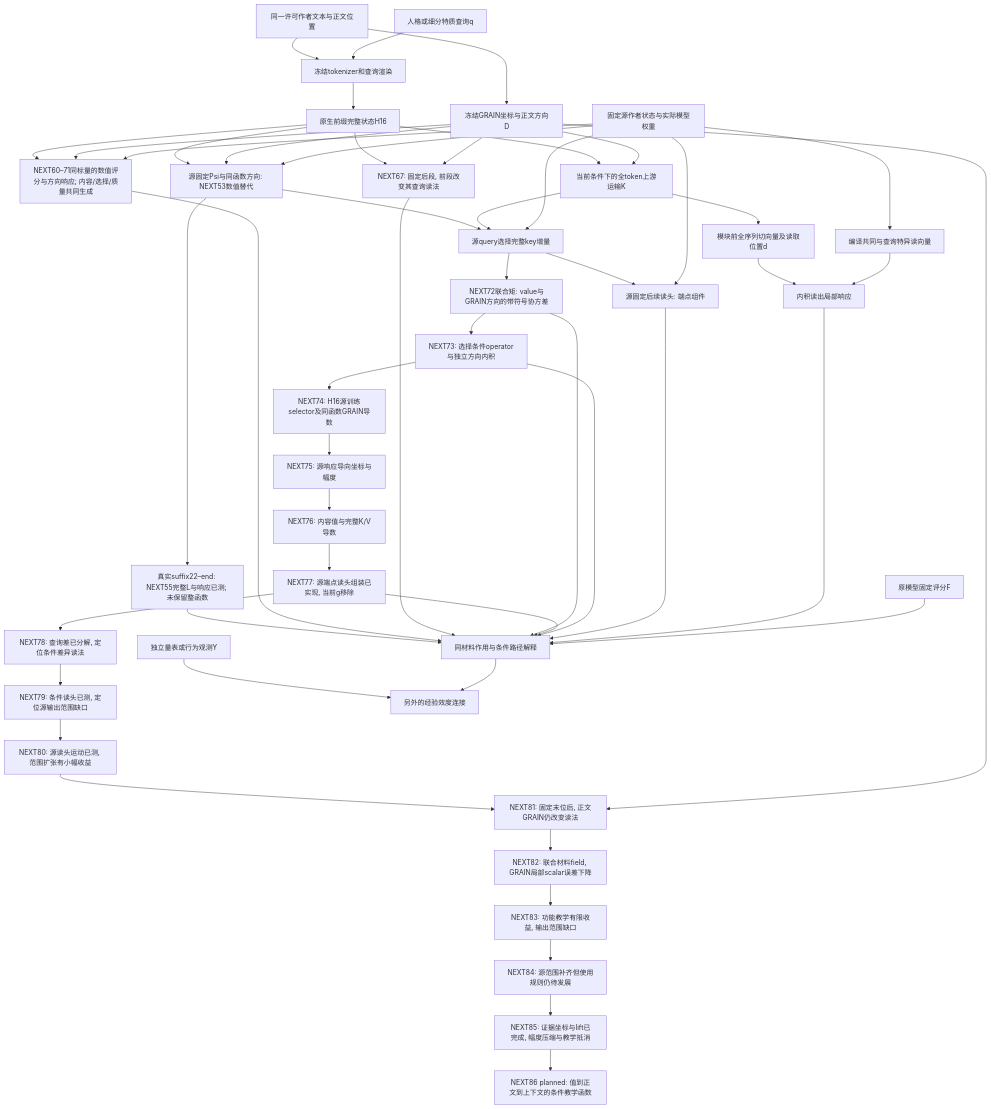
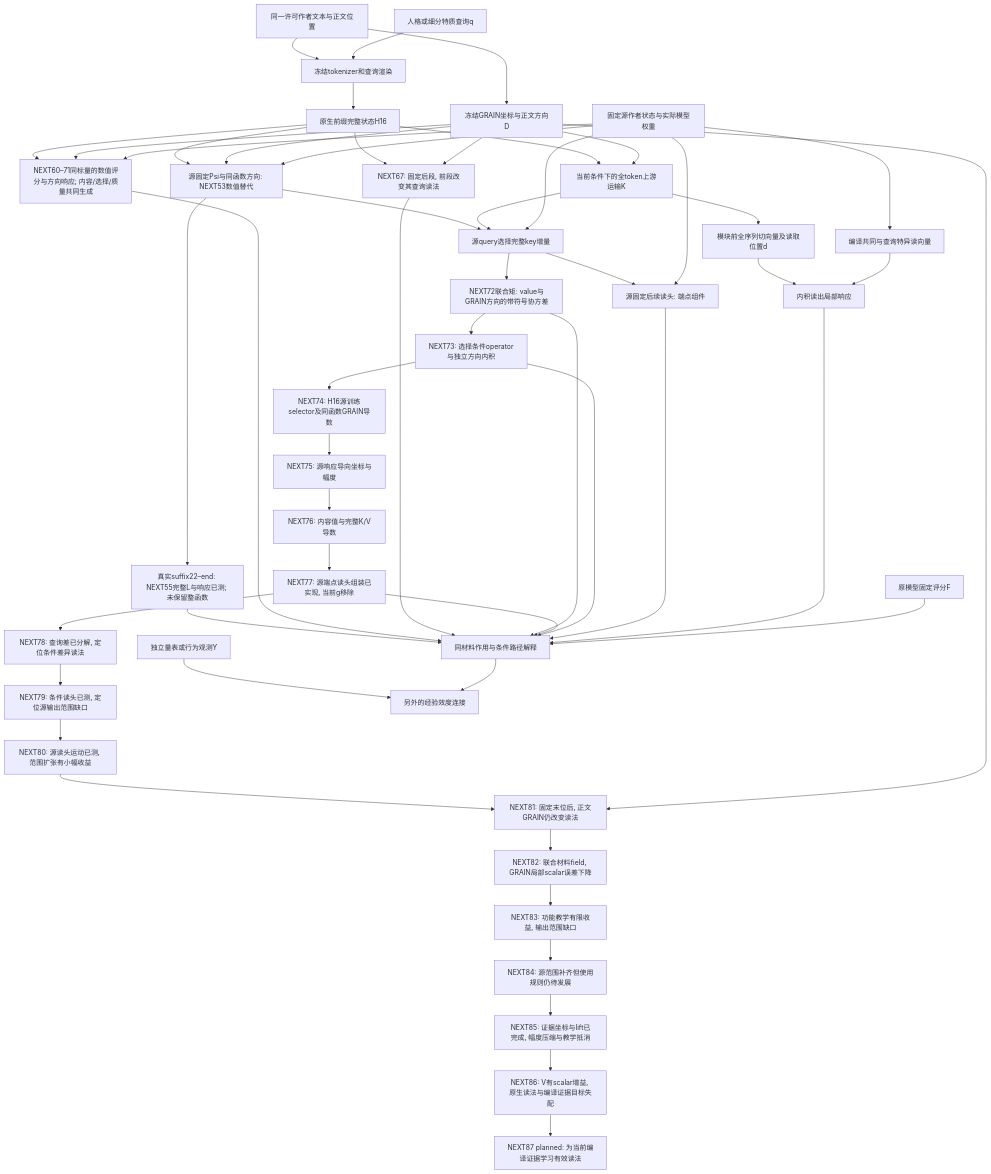
One commit to reiserhhh/GRAIN changed the diagram in docs/GRAIN_UPSTREAM_MECHANISM_INTEGRATION_V1.md. Above: the diagram before and after it, drawn with Mermaid. The commit also changed other lines of this file and 23 other files, not shown here.

````diff
--- a/docs/GRAIN_UPSTREAM_MECHANISM_INTEGRATION_V1.md
+++ b/docs/GRAIN_UPSTREAM_MECHANISM_INTEGRATION_V1.md
@@ -8,54 +8,55 @@
 ```mermaid
 flowchart TD
   T[同一许可作者文本与正文位置] --> G[冻结GRAIN坐标与正文方向D]
   T --> R[冻结tokenizer和查询渲染]
   Q[人格或细分特质查询q] --> R
   R --> H[原生前缀完整状态H16]
   H --> K[当前条件下的全token上游运输K]
   H --> P[源固定Psi与同函数方向: NEXT53数值替代]
   G --> P
   S --> P
   P --> U
   P --> W[真实suffix22–end: NEXT55完整L与响应已测; 未保留整函数]
   W --> J
   H --> Z[NEXT60–71同标量的数值评分与方向响应; 内容/选择/质量共同生成]
   G --> Z
   S --> Z
   Z --> J
   H --> I[NEXT67: 固定后段, 前段改变其查询读法]
   G --> I
   I --> J
   G --> K
   K --> D[模块前全序列切向量及读取位置d]
   S[固定源作者状态与实际模型权重] --> V[编译共同与查询特异读向量]
   D --> A[内积读出局部响应]
   V --> A
   K --> U[源query选择完整key增量]
   S --> U
   U --> M[NEXT72联合矩: value与GRAIN方向的带符号协方差]
   M --> J
   M --> O[NEXT73: 选择条件operator与独立方向内积]
   O --> P74[NEXT74: H16源训练selector及同函数GRAIN导数]
   P74 --> P75[NEXT75: 源响应导向坐标与幅度]
   P75 --> P76[NEXT76: 内容值与完整K/V导数]
   P76 --> P77[NEXT77: 源端点读头组装已实现, 当前g移除]
   P77 --> J
   P77 --> P78[NEXT78: 查询差已分解, 定位条件差异读法]
   P78 --> P79[NEXT79: 条件读头已测, 定位源输出范围缺口]
   P79 --> P80[NEXT80: 源读头运动已测, 范围扩张有小幅收益]
   P80 --> P81[NEXT81: 固定末位后, 正文GRAIN仍改变读法]
   G --> P81
   P81 --> P82[NEXT82: 联合材料field, GRAIN局部scalar误差下降]
   P82 --> P83[NEXT83: 功能教学有限收益, 输出范围缺口]
   P83 --> P84[NEXT84: 源范围补齐但使用规则仍待发展]
   P84 --> P85[NEXT85: 证据坐标与lift已完成, 幅度压缩与教学抵消]
-  P85 --> P86[NEXT86 planned: 值到正文到上下文的条件教学函数]
+  P85 --> P86[NEXT86: V有scalar增益, 原生读法与编译证据目标失配]
+  P86 --> P87[NEXT87 planned: 为当前编译证据学习有效读法]
   O --> J
   U --> C[源固定后续读头: 端点组件]
   S --> C
   C --> J
   A --> J[同材料作用与条件路径解释]
   F[原模型固定评分F] --> J
   Y[独立量表或行为观测Y] --> E[另外的经验效度连接]
   J --> E
 ```
````
